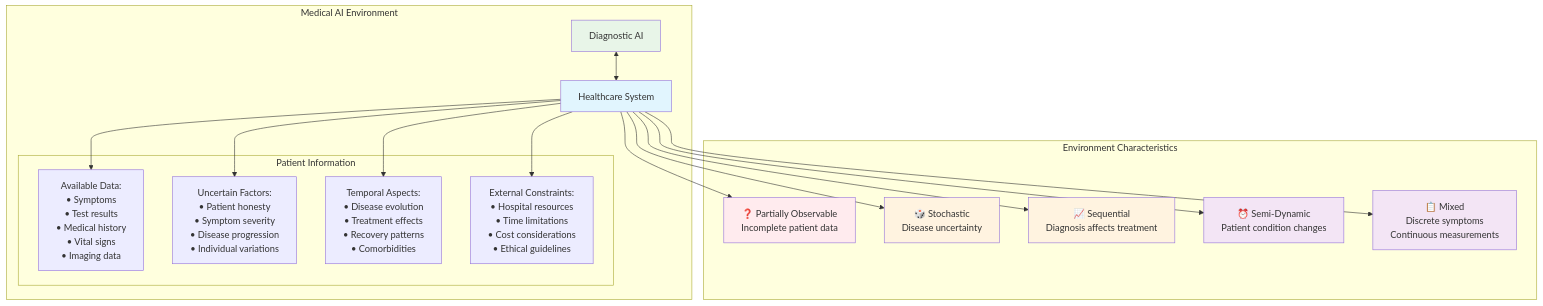
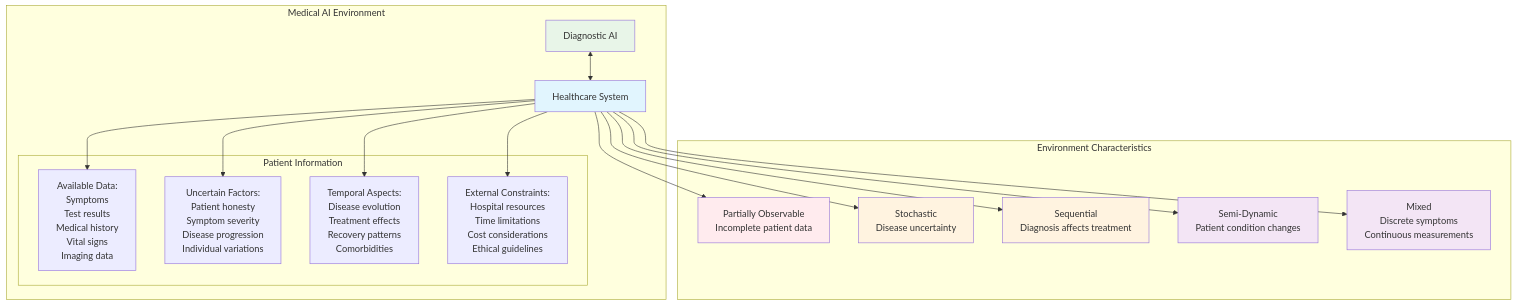
Before and after one commit to abstracted-m7/Data-Science: diagram 11 of 16 in Hand-Notes/Theory-AI-Basics/Environments/README.md, drawn with Mermaid. The commit also changed other lines of this file, not shown here.

````diff
--- a/Hand-Notes/Theory-AI-Basics/Environments/README.md
+++ b/Hand-Notes/Theory-AI-Basics/Environments/README.md
@@ -480,43 +480,43 @@
 ```mermaid
 graph TB
     subgraph "Medical AI Environment"
         A[Diagnostic AI] <--> B[Healthcare System]
         
         subgraph "Patient Information"
-            C[Available Data:<br/>• Symptoms<br/>• Test results<br/>• Medical history<br/>• Vital signs<br/>• Imaging data]
+            C[Available Data:<br/>Symptoms<br/>Test results<br/>Medical history<br/>Vital signs<br/>Imaging data]
             
-            D[Uncertain Factors:<br/>• Patient honesty<br/>• Symptom severity<br/>• Disease progression<br/>• Individual variations]
+            D[Uncertain Factors:<br/>Patient honesty<br/>Symptom severity<br/>Disease progression<br/>Individual variations]
             
-            E[Temporal Aspects:<br/>• Disease evolution<br/>• Treatment effects<br/>• Recovery patterns<br/>• Comorbidities]
+            E[Temporal Aspects:<br/>Disease evolution<br/>Treatment effects<br/>Recovery patterns<br/>Comorbidities]
             
-            F[External Constraints:<br/>• Hospital resources<br/>• Time limitations<br/>• Cost considerations<br/>• Ethical guidelines]
+            F[External Constraints:<br/>Hospital resources<br/>Time limitations<br/>Cost considerations<br/>Ethical guidelines]
         end
     end
     
     B --> C
     B --> D
     B --> E
     B --> F
     
     subgraph "Environment Characteristics"
-        G[❓ Partially Observable<br/>Incomplete patient data]
-        H[🎲 Stochastic<br/>Disease uncertainty]
-        I[📈 Sequential<br/>Diagnosis affects treatment]
-        J[⏰ Semi-Dynamic<br/>Patient condition changes]
-        K[📋 Mixed<br/>Discrete symptoms<br/>Continuous measurements]
+        G[Partially Observable<br/>Incomplete patient data]
+        H[Stochastic<br/>Disease uncertainty]
+        I[Sequential<br/>Diagnosis affects treatment]
+        J[Semi-Dynamic<br/>Patient condition changes]
+        K[Mixed<br/>Discrete symptoms<br/>Continuous measurements]
     end
     
     B --> G
     B --> H
     B --> I
     B --> J
     B --> K
     
     style A fill:#e8f5e8
     style B fill:#e1f5fe
     style G fill:#ffebee
     style H fill:#fff3e0
     style I fill:#fff3e0
     style J fill:#f3e5f5
     style K fill:#f3e5f5
 ```
````
